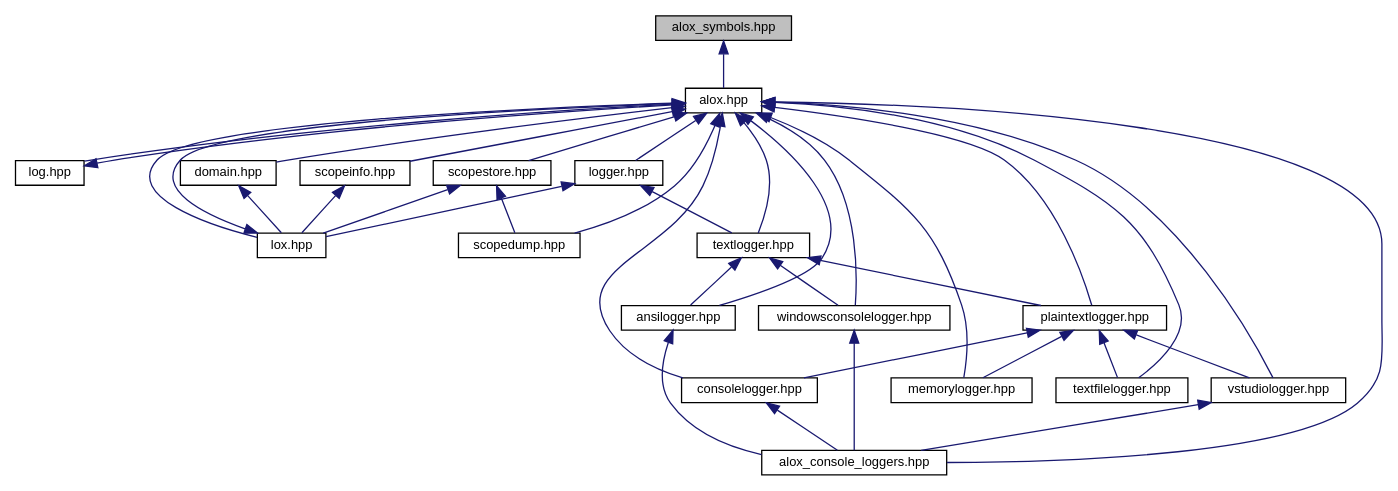
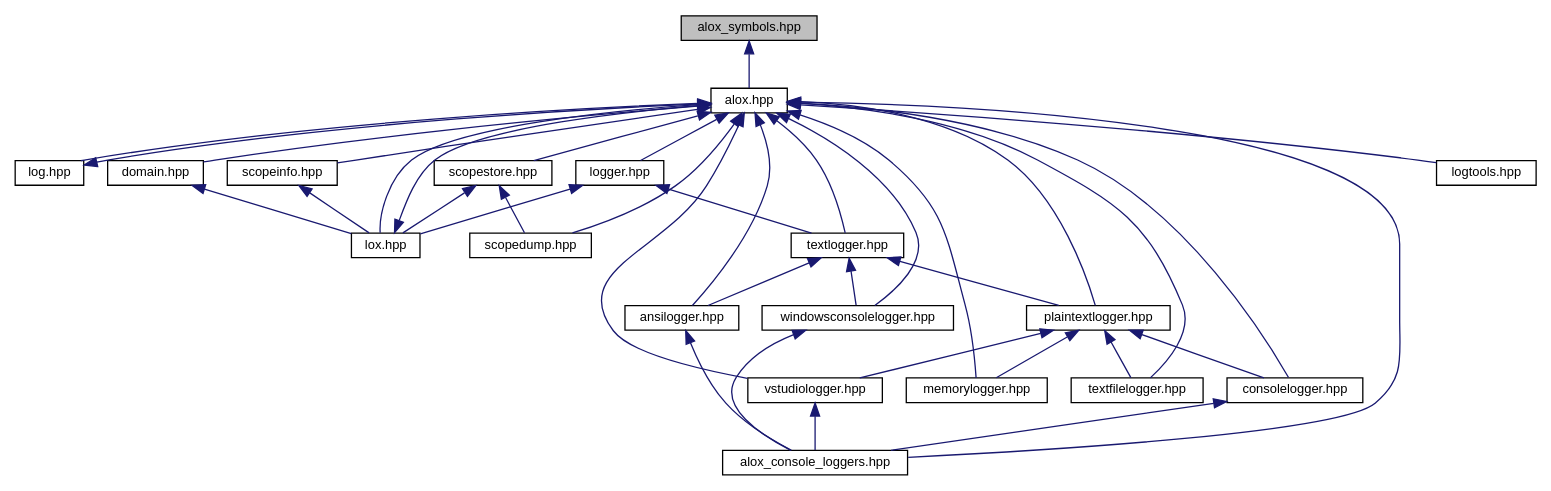
The diagram in cpp_ref/alox__symbols_8hpp__dep__incl.dot.corrected.dot (AlexWorx/ALox-Logging-Library), drawn with Graphviz before and after one commit. The commit also changed 4246 other files, not shown here.

```diff
--- a/cpp_ref/alox__symbols_8hpp__dep__incl.dot.corrected.dot
+++ b/cpp_ref/alox__symbols_8hpp__dep__incl.dot.corrected.dot
@@ -1,59 +1,61 @@
 digraph "alox_symbols.hpp"
 {
   edge [fontname="Helvetica",fontsize="10",labelfontname="Helvetica",labelfontsize="10"];
   node [fontname="Helvetica",fontsize="10",shape=record];
   Node1 [label="alox_symbols.hpp",height=0.2,width=0.4,color="black", fillcolor="grey75", style="filled", fontcolor="black"];
   Node1 -> Node2 [dir="back",color="midnightblue",fontsize="10",style="solid",fontname="Helvetica"];
   Node2 -> Node3 [dir="back",color="midnightblue",fontsize="10",style="solid",fontname="Helvetica"];
   Node2 -> Node4 [dir="back",color="midnightblue",fontsize="10",style="solid",fontname="Helvetica"];
   Node2 -> Node5 [dir="back",color="midnightblue",fontsize="10",style="solid",fontname="Helvetica"];
   Node2 -> Node6 [dir="back",color="midnightblue",fontsize="10",style="solid",fontname="Helvetica"];
   Node2 -> Node7 [dir="back",color="midnightblue",fontsize="10",style="solid",fontname="Helvetica"];
   Node2 -> Node8 [dir="back",color="midnightblue",fontsize="10",style="solid",fontname="Helvetica"];
   Node2 -> Node9 [dir="back",color="midnightblue",fontsize="10",style="solid",fontname="Helvetica"];
   Node2 -> Node10 [dir="back",color="midnightblue",fontsize="10",style="solid",fontname="Helvetica"];
   Node2 -> Node11 [dir="back",color="midnightblue",fontsize="10",style="solid",fontname="Helvetica"];
   Node2 -> Node12 [dir="back",color="midnightblue",fontsize="10",style="solid",fontname="Helvetica"];
   Node2 -> Node13 [dir="back",color="midnightblue",fontsize="10",style="solid",fontname="Helvetica"];
   Node2 -> Node14 [dir="back",color="midnightblue",fontsize="10",style="solid",fontname="Helvetica"];
   Node2 -> Node15 [dir="back",color="midnightblue",fontsize="10",style="solid",fontname="Helvetica"];
   Node2 -> Node16 [dir="back",color="midnightblue",fontsize="10",style="solid",fontname="Helvetica"];
   Node2 -> Node17 [dir="back",color="midnightblue",fontsize="10",style="solid",fontname="Helvetica"];
   Node2 -> Node18 [dir="back",color="midnightblue",fontsize="10",style="solid",fontname="Helvetica"];
+  Node2 -> Node19 [dir="back",color="midnightblue",fontsize="10",style="solid",fontname="Helvetica"];
   Node3 -> Node2 [dir="back",color="midnightblue",fontsize="10",style="solid",fontname="Helvetica"];
   Node4 -> Node2 [dir="back",color="midnightblue",fontsize="10",style="solid",fontname="Helvetica"];
   Node6 -> Node4 [dir="back",color="midnightblue",fontsize="10",style="solid",fontname="Helvetica"];
   Node7 -> Node4 [dir="back",color="midnightblue",fontsize="10",style="solid",fontname="Helvetica"];
   Node7 -> Node8 [dir="back",color="midnightblue",fontsize="10",style="solid",fontname="Helvetica"];
   Node8 -> Node9 [dir="back",color="midnightblue",fontsize="10",style="solid",fontname="Helvetica"];
   Node8 -> Node14 [dir="back",color="midnightblue",fontsize="10",style="solid",fontname="Helvetica"];
   Node8 -> Node15 [dir="back",color="midnightblue",fontsize="10",style="solid",fontname="Helvetica"];
   Node9 -> Node10 [dir="back",color="midnightblue",fontsize="10",style="solid",fontname="Helvetica"];
   Node9 -> Node11 [dir="back",color="midnightblue",fontsize="10",style="solid",fontname="Helvetica"];
   Node9 -> Node12 [dir="back",color="midnightblue",fontsize="10",style="solid",fontname="Helvetica"];
   Node9 -> Node13 [dir="back",color="midnightblue",fontsize="10",style="solid",fontname="Helvetica"];
   Node10 -> Node5 [dir="back",color="midnightblue",fontsize="10",style="solid",fontname="Helvetica"];
   Node13 -> Node5 [dir="back",color="midnightblue",fontsize="10",style="solid",fontname="Helvetica"];
   Node14 -> Node5 [dir="back",color="midnightblue",fontsize="10",style="solid",fontname="Helvetica"];
   Node15 -> Node5 [dir="back",color="midnightblue",fontsize="10",style="solid",fontname="Helvetica"];
   Node17 -> Node4 [dir="back",color="midnightblue",fontsize="10",style="solid",fontname="Helvetica"];
   Node17 -> Node16 [dir="back",color="midnightblue",fontsize="10",style="solid",fontname="Helvetica"];
   Node18 -> Node4 [dir="back",color="midnightblue",fontsize="10",style="solid",fontname="Helvetica"];
   Node2 [label="alox.hpp",height=0.2,width=0.4,color="black", fillcolor="white", style="filled",URL="$alox_8hpp.html"];
   Node3 [label="log.hpp",height=0.2,width=0.4,color="black", fillcolor="white", style="filled",URL="$log_8hpp.html"];
   Node4 [label="lox.hpp",height=0.2,width=0.4,color="black", fillcolor="white", style="filled",URL="$lox_8hpp.html"];
   Node5 [label="alox_console_loggers.hpp",height=0.2,width=0.4,color="black", fillcolor="white", style="filled",URL="$alox__console__loggers_8hpp.html"];
   Node6 [label="domain.hpp",height=0.2,width=0.4,color="black", fillcolor="white", style="filled",URL="$domain_8hpp.html"];
   Node7 [label="logger.hpp",height=0.2,width=0.4,color="black", fillcolor="white", style="filled",URL="$logger_8hpp.html"];
   Node8 [label="textlogger.hpp",height=0.2,width=0.4,color="black", fillcolor="white", style="filled",URL="$textlogger_8hpp.html"];
   Node9 [label="plaintextlogger.hpp",height=0.2,width=0.4,color="black", fillcolor="white", style="filled",URL="$plaintextlogger_8hpp.html"];
   Node10 [label="consolelogger.hpp",height=0.2,width=0.4,color="black", fillcolor="white", style="filled",URL="$consolelogger_8hpp.html"];
   Node11 [label="memorylogger.hpp",height=0.2,width=0.4,color="black", fillcolor="white", style="filled",URL="$memorylogger_8hpp.html"];
   Node12 [label="textfilelogger.hpp",height=0.2,width=0.4,color="black", fillcolor="white", style="filled",URL="$textfilelogger_8hpp.html"];
   Node13 [label="vstudiologger.hpp",height=0.2,width=0.4,color="black", fillcolor="white", style="filled",URL="$vstudiologger_8hpp.html"];
   Node14 [label="ansilogger.hpp",height=0.2,width=0.4,color="black", fillcolor="white", style="filled",URL="$ansilogger_8hpp.html"];
   Node15 [label="windowsconsolelogger.hpp",height=0.2,width=0.4,color="black", fillcolor="white", style="filled",URL="$windowsconsolelogger_8hpp.html"];
   Node16 [label="scopedump.hpp",height=0.2,width=0.4,color="black", fillcolor="white", style="filled",URL="$scopedump_8hpp.html"];
   Node17 [label="scopestore.hpp",height=0.2,width=0.4,color="black", fillcolor="white", style="filled",URL="$scopestore_8hpp.html"];
   Node18 [label="scopeinfo.hpp",height=0.2,width=0.4,color="black", fillcolor="white", style="filled",URL="$scopeinfo_8hpp.html"];
+  Node19 [label="logtools.hpp",height=0.2,width=0.4,color="black", fillcolor="white", style="filled",URL="$logtools_8hpp.html"];
 }
```
